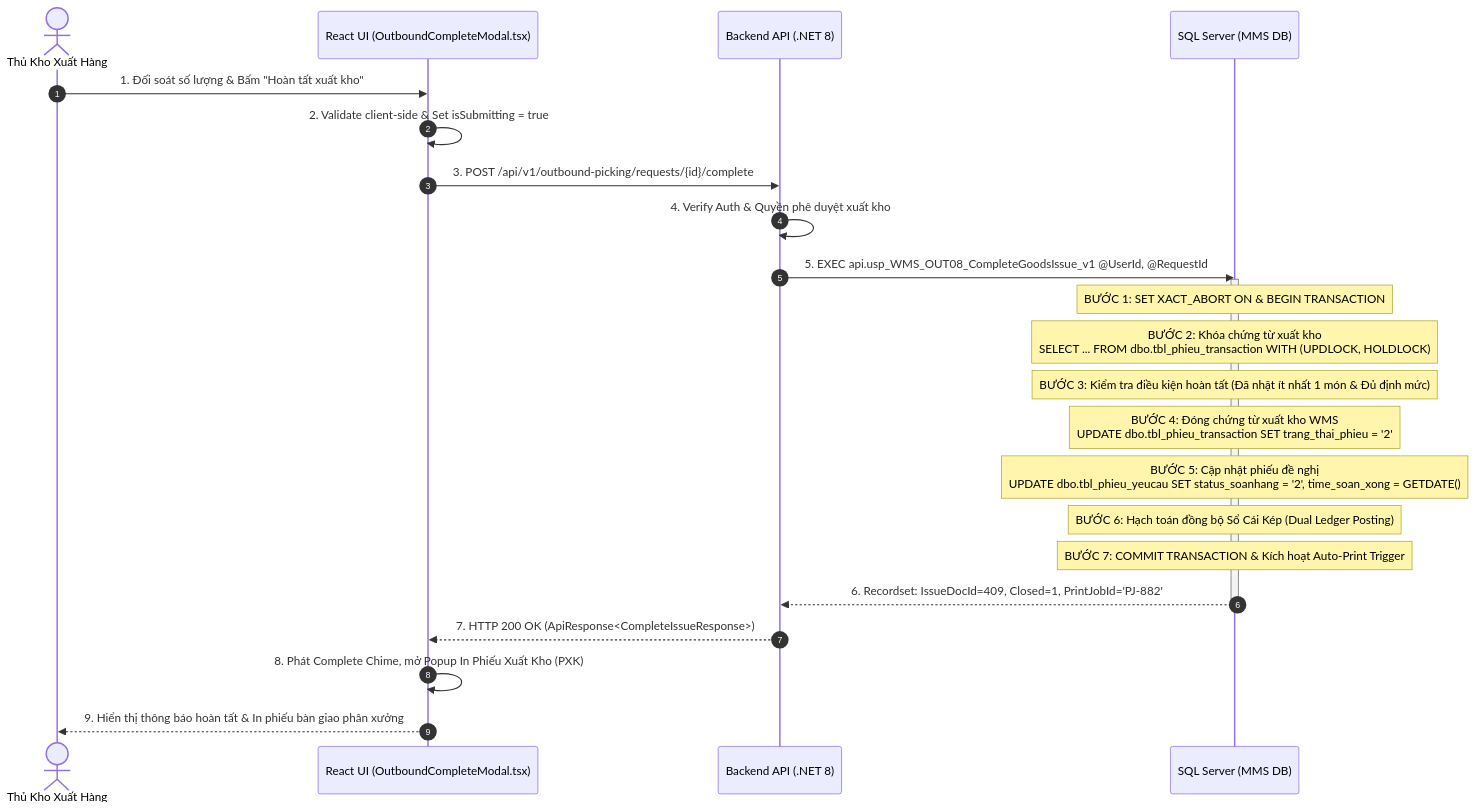
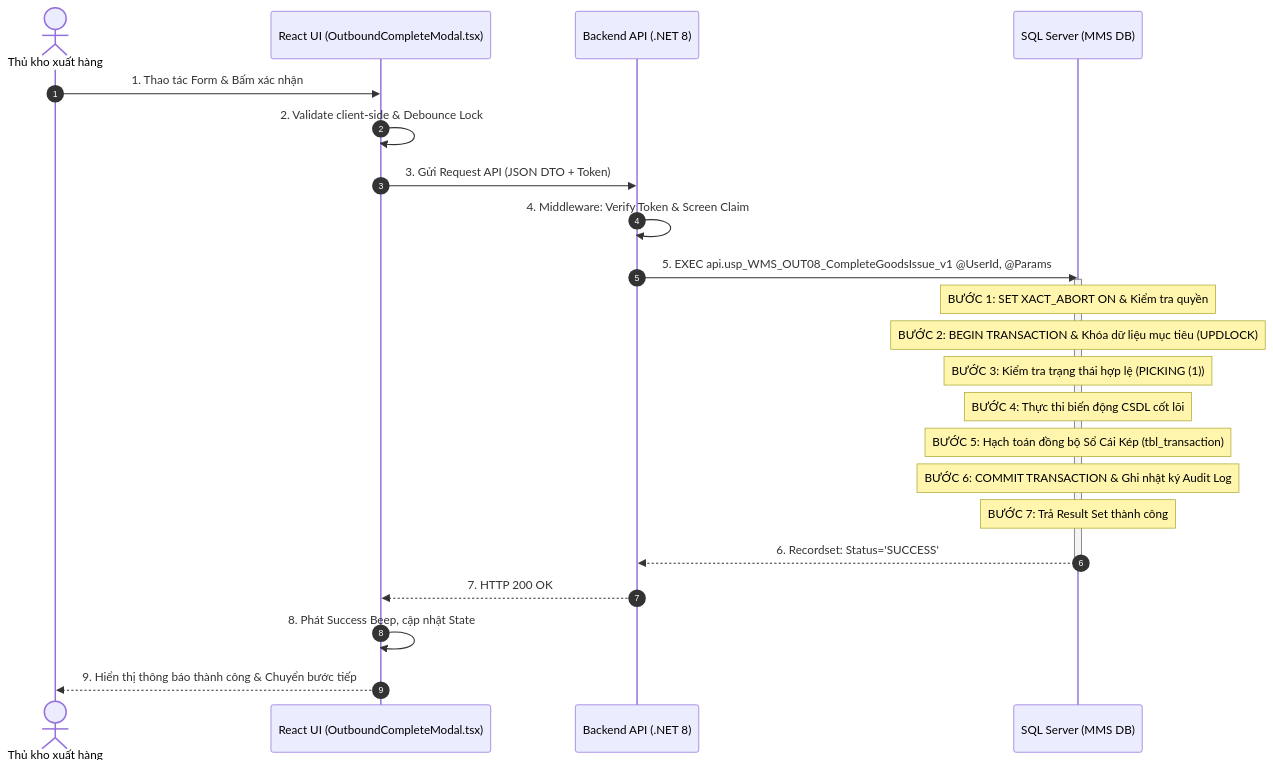
The first of 2 diagrams in docs/03-use-cases/UC-23_OUT-08.md (Sohoa-KNSG/mms), drawn with Mermaid before and after one commit. The commit also changed other lines of this file and 44 other files, not shown here.

````diff
--- a/docs/03-use-cases/UC-23_OUT-08.md
+++ b/docs/03-use-cases/UC-23_OUT-08.md
@@ -141,30 +191,30 @@
 ```mermaid
 sequenceDiagram
     autonumber
-    actor User as Thủ Kho Xuất Hàng
+    actor User as Thủ kho xuất hàng
     participant UI as React UI (OutboundCompleteModal.tsx)
     participant API as Backend API (.NET 8)
     participant DB as SQL Server (MMS DB)
 
-    User->>UI: 1. Đối soát số lượng & Bấm "Hoàn tất xuất kho"
-    UI->>UI: 2. Validate client-side & Set isSubmitting = true
-    UI->>API: 3. POST /api/v1/outbound-picking/requests/{id}/complete
+    User->>UI: 1. Thao tác Form & Bấm xác nhận
+    UI->>UI: 2. Validate client-side & Debounce Lock
+    UI->>API: 3. Gửi Request API (JSON DTO + Token)
     
-    API->>API: 4. Verify Auth & Quyền phê duyệt xuất kho
-    API->>DB: 5. EXEC api.usp_WMS_OUT08_CompleteGoodsIssue_v1 @UserId, @RequestId
+    API->>API: 4. Middleware: Verify Token & Screen Claim
+    API->>DB: 5. EXEC api.usp_WMS_OUT08_CompleteGoodsIssue_v1 @UserId, @Params
     
     activate DB
-    Note over DB: BƯỚC 1: SET XACT_ABORT ON & BEGIN TRANSACTION
-    Note over DB: BƯỚC 2: Khóa chứng từ xuất kho<br/>SELECT ... FROM dbo.tbl_phieu_transaction WITH (UPDLOCK, HOLDLOCK)
-    Note over DB: BƯỚC 3: Kiểm tra điều kiện hoàn tất (Đã nhặt ít nhất 1 món & Đủ định mức)
-    Note over DB: BƯỚC 4: Đóng chứng từ xuất kho WMS<br/>UPDATE dbo.tbl_phieu_transaction SET trang_thai_phieu = '2'
-    Note over DB: BƯỚC 5: Cập nhật phiếu đề nghị<br/>UPDATE dbo.tbl_phieu_yeucau SET status_soanhang = '2', time_soan_xong = GETDATE()
-    Note over DB: BƯỚC 6: Hạch toán đồng bộ Sổ Cái Kép (Dual Ledger Posting)
-    Note over DB: BƯỚC 7: COMMIT TRANSACTION & Kích hoạt Auto-Print Trigger
-    DB-->>API: 6. Recordset: IssueDocId=409, Closed=1, PrintJobId='PJ-882'
+    Note over DB: BƯỚC 1: SET XACT_ABORT ON & Kiểm tra quyền
+    Note over DB: BƯỚC 2: BEGIN TRANSACTION & Khóa dữ liệu mục tiêu (UPDLOCK)
+    Note over DB: BƯỚC 3: Kiểm tra trạng thái hợp lệ (PICKING (1))
+    Note over DB: BƯỚC 4: Thực thi biến động CSDL cốt lõi
+    Note over DB: BƯỚC 5: Hạch toán đồng bộ Sổ Cái Kép (tbl_transaction)
+    Note over DB: BƯỚC 6: COMMIT TRANSACTION & Ghi nhật ký Audit Log
+    Note over DB: BƯỚC 7: Trả Result Set thành công
+    DB-->>API: 6. Recordset: Status='SUCCESS'
     deactivate DB
 
-    API-->>UI: 7. HTTP 200 OK (ApiResponse<CompleteIssueResponse>)
-    UI->>UI: 8. Phát Complete Chime, mở Popup In Phiếu Xuất Kho (PXK)
-    UI-->>User: 9. Hiển thị thông báo hoàn tất & In phiếu bàn giao phân xưởng
+    API-->>UI: 7. HTTP 200 OK
+    UI->>UI: 8. Phát Success Beep, cập nhật State
+    UI-->>User: 9. Hiển thị thông báo thành công & Chuyển bước tiếp
 ```
````
